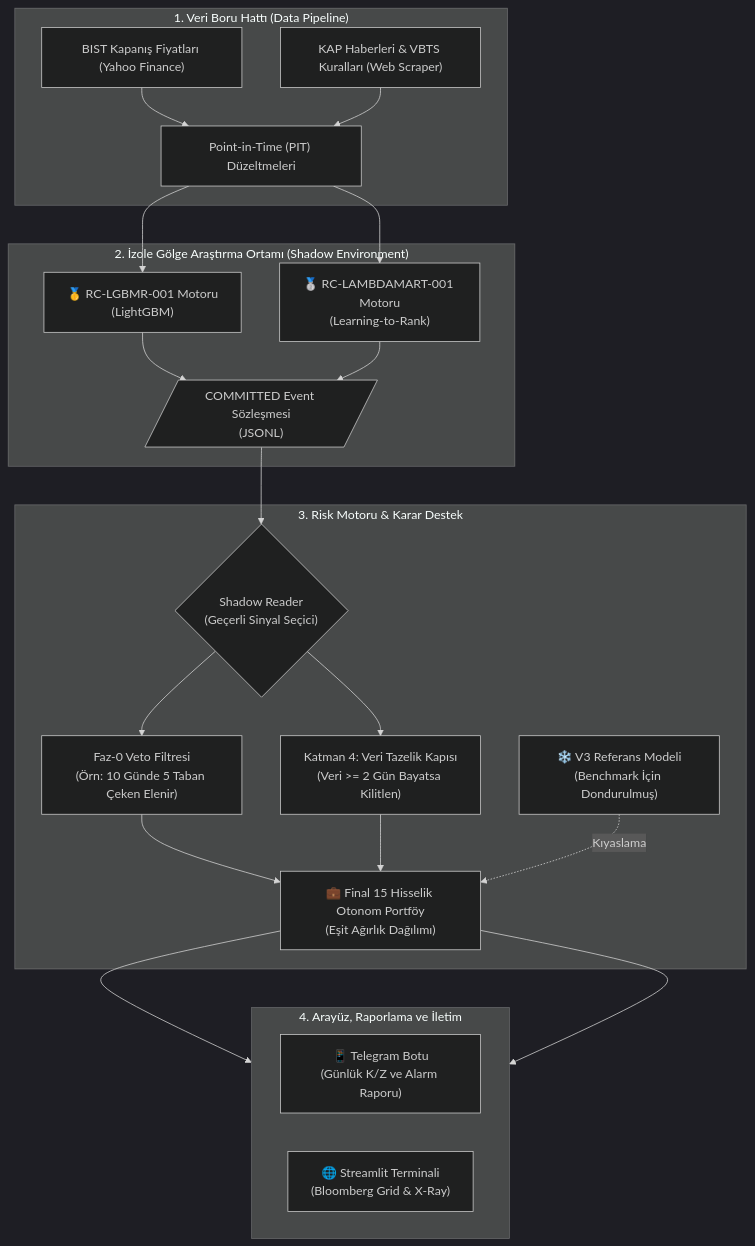
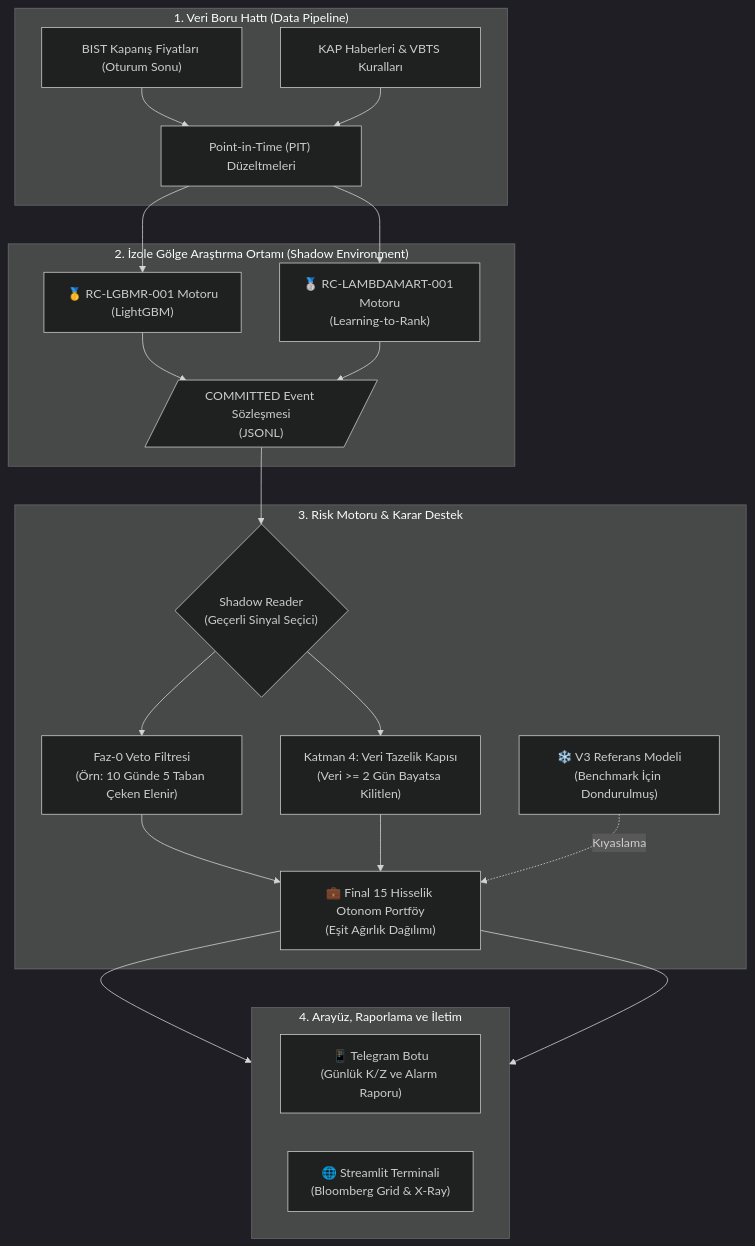
One commit to emreerbasli/bist-quant-ranking changed the diagram in README.md. Above: the diagram before and after it, drawn with Mermaid (dark theme). The commit also changed other lines of this file, not shown here.

````diff
--- a/README.md
+++ b/README.md
@@ -35,35 +35,35 @@
 ```mermaid
 graph TD
     %% 1. Veri Katmanı
     subgraph S1 ["1. Veri Boru Hattı (Data Pipeline)"]
-        A1["BIST Kapanış Fiyatları (Yahoo Finance)"] --> A3["Point-in-Time (PIT) Düzeltmeleri"]
-        A2["KAP Haberleri & VBTS Kuralları (Web Scraper)"] --> A3
+        A1["BIST Kapanış Fiyatları (Oturum Sonu)"] --> A3["Point-in-Time (PIT) Düzeltmeleri"]
+        A2["KAP Haberleri & VBTS Kuralları"] --> A3
     end
 
     %% 2. Araştırma ve Olay Katmanı
     subgraph S2 ["2. İzole Gölge Araştırma Ortamı (Shadow Environment)"]
         B1["🥇 RC-LGBMR-001 Motoru<br/>(LightGBM)"]
         B2["🥈 RC-LAMBDAMART-001 Motoru<br/>(Learning-to-Rank)"]
         A3 --> B1
         A3 --> B2
         B1 --> C1[/"COMMITTED Event Sözleşmesi<br/>(JSONL)"/]
         B2 --> C1
     end
 
     %% 3. Risk ve Çıkış Motoru
     subgraph S3 ["3. Risk Motoru & Karar Destek"]
         C1 --> D1{"Shadow Reader<br/>(Geçerli Sinyal Seçici)"}
         D1 --> E1["Faz-0 Veto Filtresi<br/>(Örn: 10 Günde 5 Taban Çeken Elenir)"]
         D1 --> E2["Katman 4: Veri Tazelik Kapısı<br/>(Veri >= 2 Gün Bayatsa Kilitlen)"]
         E1 --> F1["💼 Final 15 Hisselik Otonom Portföy<br/>(Eşit Ağırlık Dağılımı)"]
         E2 --> F1
         F2["❄️ V3 Referans Modeli<br/>(Benchmark İçin Dondurulmuş)"] -. Kıyaslama .-> F1
     end
 
     %% 4. İletişim Arayüzü
     subgraph S4 ["4. Arayüz, Raporlama ve İletim"]
         direction LR
         F1 --> G1["📱 Telegram Botu<br/>(Günlük K/Z ve Alarm Raporu)"]
         F1 --> G2["🌐 Streamlit Terminali<br/>(Bloomberg Grid & X-Ray)"]
     end
 ```
````
